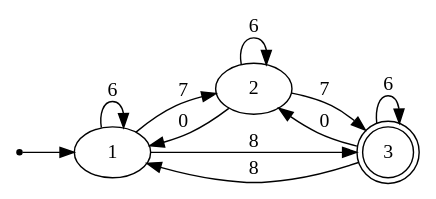
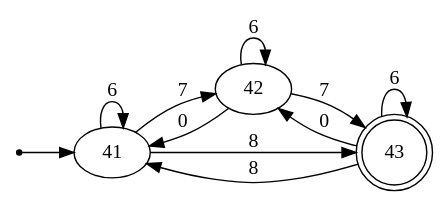
One commit to GiovA07/A changed the diagram in automataExamples/automataFND/automata4.dot. Above: the diagram before and after it, drawn with Graphviz. The commit also changed 32 other files, not shown here.

```diff
--- a/automataExamples/automataFND/automata4.dot
+++ b/automataExamples/automataFND/automata4.dot
@@ -1,19 +1,19 @@
 digraph{
 
 rankdir=LR;
 inic[shape=point];
 
-inic->1;
+inic->41;
 
-1->1 [label="6"];
-1->2 [label="7"];
-1->3 [label="8"];
-2->1 [label="0"];
-2->2 [label="6"];
-2->3 [label="7"];
-3->1 [label="8"];
-3->2 [label="0"];
-3->3 [label="6"];
+41->41 [label="6"];
+41->42 [label="7"];
+41->43 [label="8"];
+42->41 [label="0"];
+42->42 [label="6"];
+42->43 [label="7"];
+43->41 [label="8"];
+43->42 [label="0"];
+43->43 [label="6"];
 
-3[shape=doublecircle];
+43[shape=doublecircle];
 }
```
